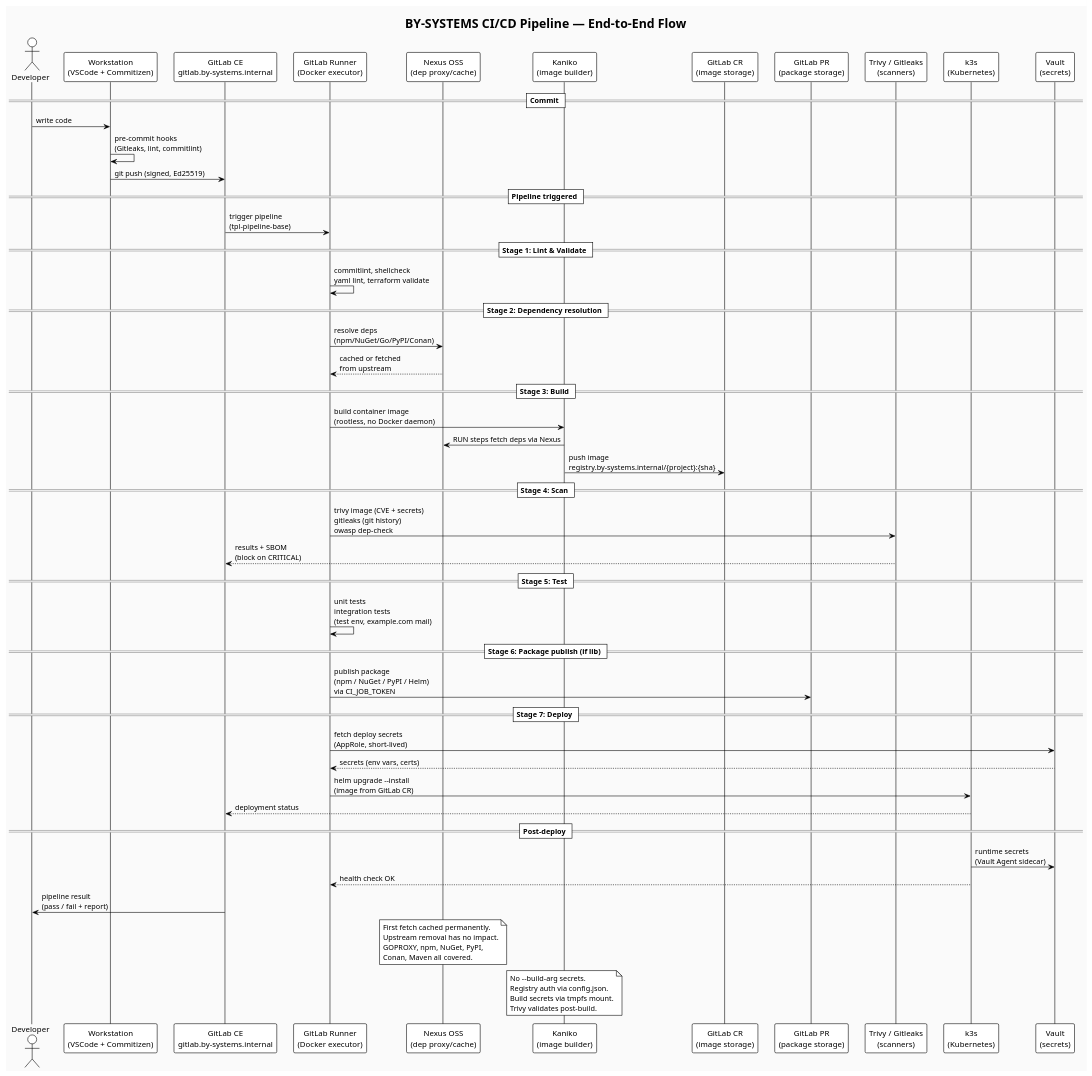
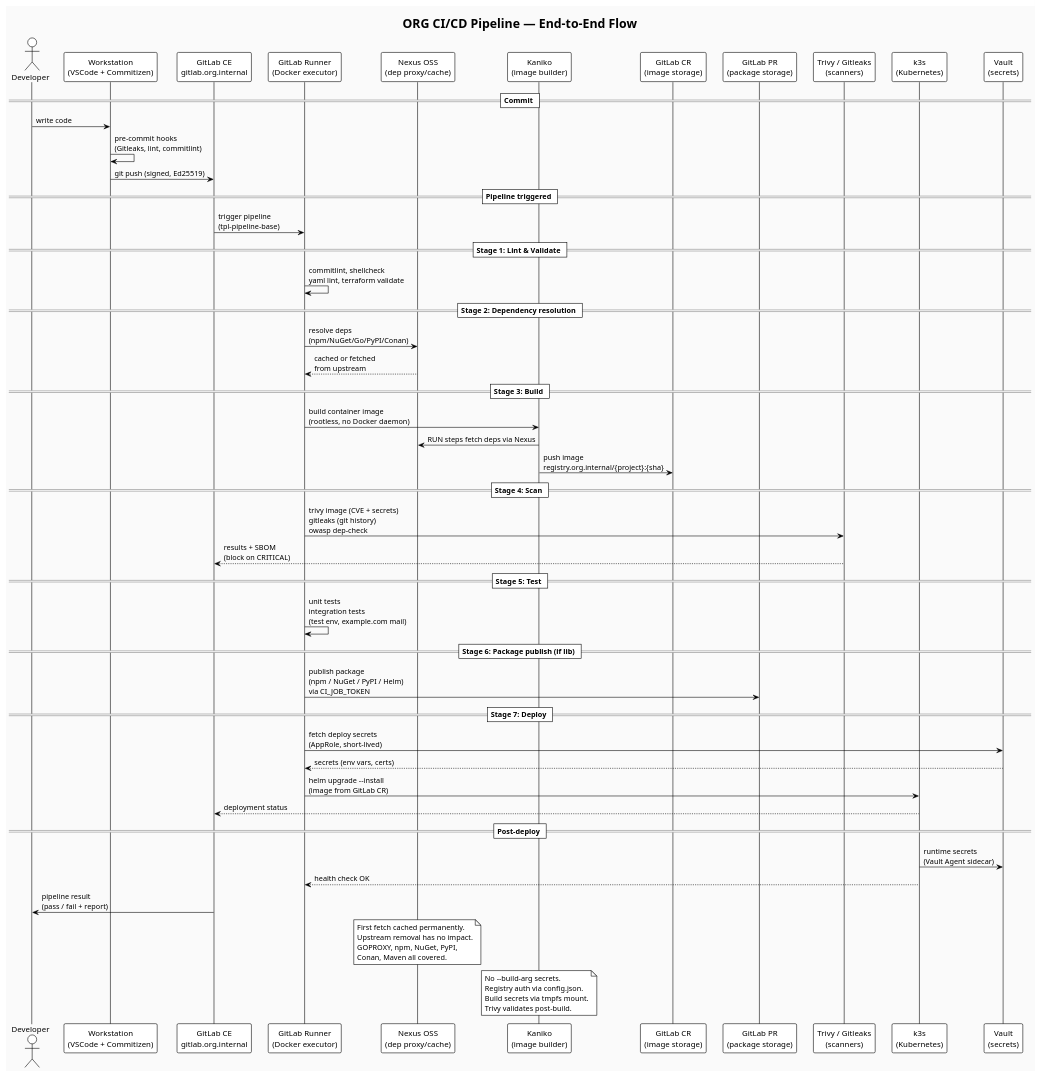
The third of 5 diagrams in docs/architecture.md (by-openclaw/doc-platform-core), drawn with PlantUML before and after one commit. The commit also changed other lines of this file and 16 other files, not shown here.

````diff
--- a/docs/architecture.md
+++ b/docs/architecture.md
@@ -258,78 +258,78 @@
 ```plantuml
 @startuml cicd-pipeline
 !theme plain
 skinparam backgroundColor #FAFAFA
 skinparam defaultFontName monospace
 
-title BY-SYSTEMS CI/CD Pipeline — End-to-End Flow
+title ORG CI/CD Pipeline — End-to-End Flow
 
 actor Developer as dev
 participant "Workstation\n(VSCode + Commitizen)" as ws
-participant "GitLab CE\ngitlab.by-systems.internal" as gitlab
+participant "GitLab CE\ngitlab.org.internal" as gitlab
 participant "GitLab Runner\n(Docker executor)" as runner
 participant "Nexus OSS\n(dep proxy/cache)" as nexus
 participant "Kaniko\n(image builder)" as kaniko
 participant "GitLab CR\n(image storage)" as gcr
 participant "GitLab PR\n(package storage)" as gpr
 participant "Trivy / Gitleaks\n(scanners)" as scan
 participant "k3s\n(Kubernetes)" as k3s
 participant "Vault\n(secrets)" as vault
 
 == Commit ==
 dev -> ws : write code
 ws -> ws : pre-commit hooks\n(Gitleaks, lint, commitlint)
 ws -> gitlab : git push (signed, Ed25519)
 
 == Pipeline triggered ==
 gitlab -> runner : trigger pipeline\n(tpl-pipeline-base)
 
 == Stage 1: Lint & Validate ==
 runner -> runner : commitlint, shellcheck\nyaml lint, terraform validate
 
 == Stage 2: Dependency resolution ==
 runner -> nexus : resolve deps\n(npm/NuGet/Go/PyPI/Conan)
 nexus --> runner : cached or fetched\nfrom upstream
 
 == Stage 3: Build ==
 runner -> kaniko : build container image\n(rootless, no Docker daemon)
 kaniko -> nexus : RUN steps fetch deps via Nexus
-kaniko -> gcr : push image\nregistry.by-systems.internal/{project}:{sha}
+kaniko -> gcr : push image\nregistry.org.internal/{project}:{sha}
 
 == Stage 4: Scan ==
 runner -> scan : trivy image (CVE + secrets)\ngitleaks (git history)\nowasp dep-check
 scan --> gitlab : results + SBOM\n(block on CRITICAL)
 
 == Stage 5: Test ==
 runner -> runner : unit tests\nintegration tests\n(test env, example.com mail)
 
 == Stage 6: Package publish (if lib) ==
 runner -> gpr : publish package\n(npm / NuGet / PyPI / Helm)\nvia CI_JOB_TOKEN
 
 == Stage 7: Deploy ==
 runner -> vault : fetch deploy secrets\n(AppRole, short-lived)
 vault --> runner : secrets (env vars, certs)
 runner -> k3s : helm upgrade --install\n(image from GitLab CR)
 k3s --> gitlab : deployment status
 
 == Post-deploy ==
 k3s -> vault : runtime secrets\n(Vault Agent sidecar)
 k3s --> runner : health check OK
 
 gitlab -> dev : pipeline result\n(pass / fail + report)
 
 note over nexus
   First fetch cached permanently.
   Upstream removal has no impact.
   GOPROXY, npm, NuGet, PyPI,
   Conan, Maven all covered.
 end note
 
 note over kaniko
   No --build-arg secrets.
   Registry auth via config.json.
   Build secrets via tmpfs mount.
   Trivy validates post-build.
 end note
 
 @enduml
 ```
````
